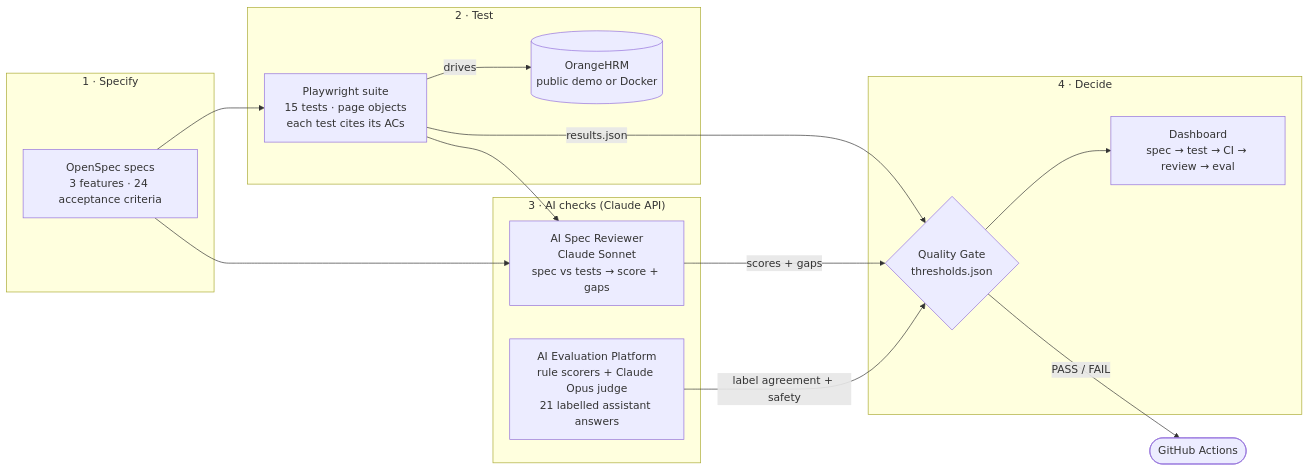
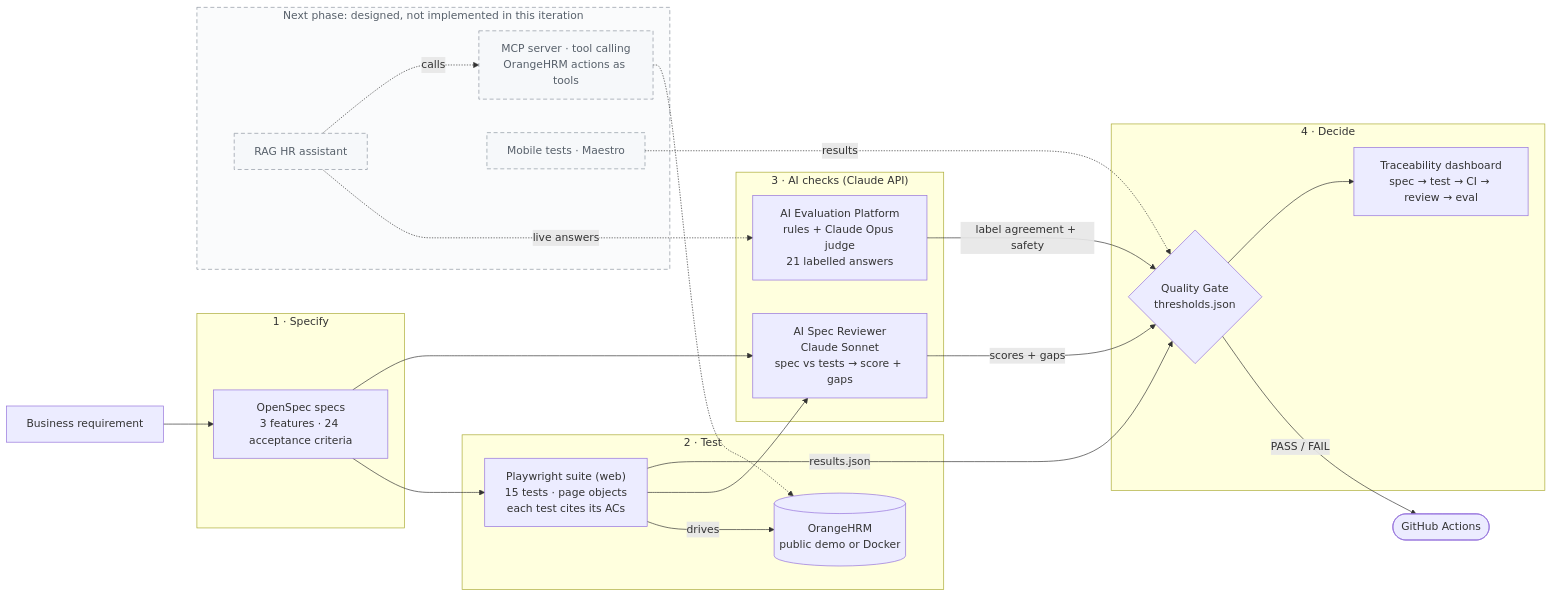
One commit to karthikamenon80/OrangeHRM-AIEvaluation changed the diagram in README.md. Above: the diagram before and after it, drawn with Mermaid. The commit also changed other lines of this file and 1 other file, not shown here.

First line of the commit message:
README: interview story, designed-not-built architecture, scope decisions

````diff
--- a/README.md
+++ b/README.md
@@ -39,31 +86,48 @@
 ```mermaid
 flowchart LR
+    BR["Business requirement"] --> S
+
     subgraph SPEC["1 · Specify"]
         S["OpenSpec specs<br/>3 features · 24 acceptance criteria"]
     end
 
     subgraph TEST["2 · Test"]
-        P["Playwright suite<br/>15 tests · page objects<br/>each test cites its ACs"]
+        P["Playwright suite (web)<br/>15 tests · page objects<br/>each test cites its ACs"]
         O[("OrangeHRM<br/>public demo or Docker")]
     end
 
     subgraph AI["3 · AI checks (Claude API)"]
         R["AI Spec Reviewer<br/>Claude Sonnet<br/>spec vs tests → score + gaps"]
-        E["AI Evaluation Platform<br/>rule scorers + Claude Opus judge<br/>21 labelled assistant answers"]
+        E["AI Evaluation Platform<br/>rules + Claude Opus judge<br/>21 labelled answers"]
+    end
+
+    subgraph NEXT["Next phase: designed, not implemented in this iteration"]
+        A["RAG HR assistant"]
+        T["MCP server · tool calling<br/>OrangeHRM actions as tools"]
+        M["Mobile tests · Maestro"]
     end
 
     subgraph GATE["4 · Decide"]
         G{"Quality Gate<br/>thresholds.json"}
-        D["Dashboard<br/>spec → test → CI → review → eval"]
+        D["Traceability dashboard<br/>spec → test → CI → review → eval"]
     end
 
     S --> P
     P -- drives --> O
     S --> R
     P --> R
     P -- results.json --> G
     R -- scores + gaps --> G
     E -- label agreement + safety --> G
     G -- PASS / FAIL --> CI(["GitHub Actions"])
     G --> D
+
+    A -. live answers .-> E
+    A -. calls .-> T
+    T -.-> O
+    M -. results .-> G
+
+    classDef planned fill:#f6f8fa,stroke:#8c959f,stroke-dasharray:6 4,color:#57606a
+    class M,A,T planned
+    style NEXT fill:#fafbfc,stroke:#8c959f,stroke-dasharray:6 4,color:#57606a
 ```
````
